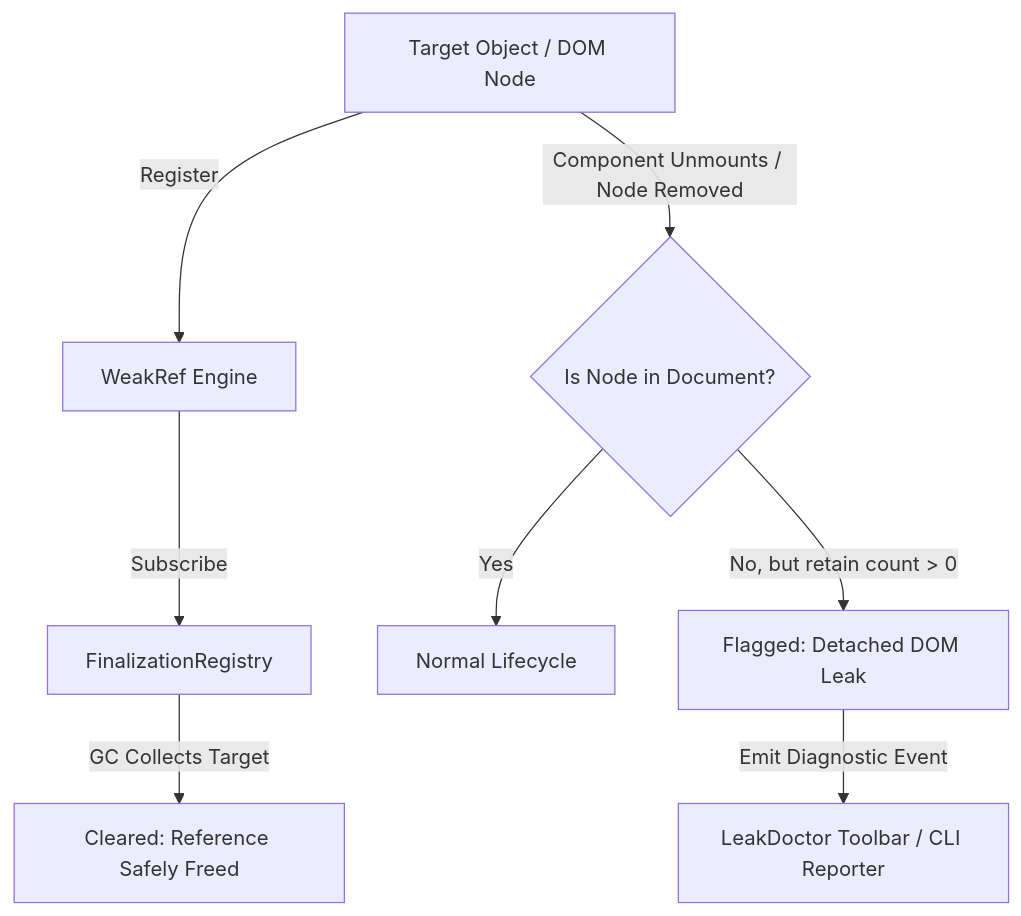
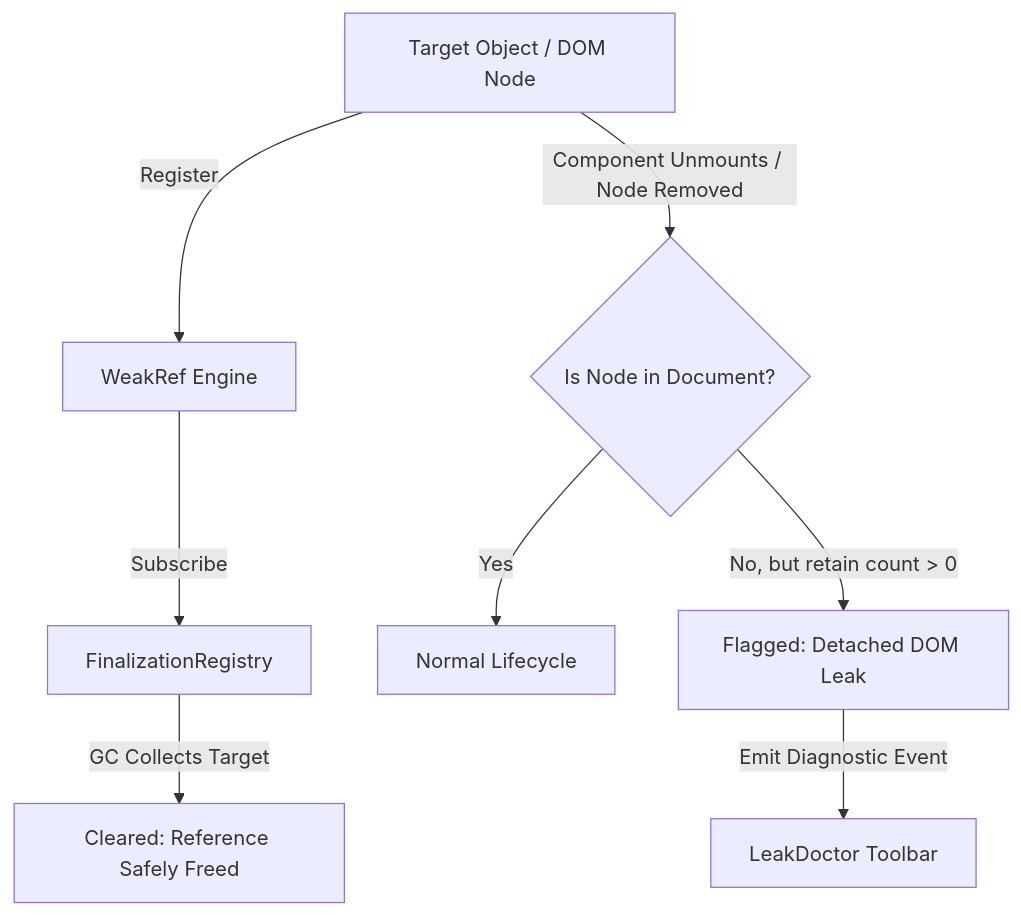
Before and after one commit to mmy-lana/leak-doctor: the diagram in README.md, drawn with Mermaid. The commit also changed other lines of this file and 7 other files, not shown here.

````diff
--- a/README.md
+++ b/README.md
@@ -86,10 +86,10 @@
 ```mermaid
 flowchart TD
     A[Target Object / DOM Node] -->|Register| B[WeakRef Engine]
     B -->|Subscribe| C[FinalizationRegistry]
     A -->|Component Unmounts / Node Removed| D{Is Node in Document?}
     D -->|Yes| E[Normal Lifecycle]
     D -->|No, but retain count > 0| F[Flagged: Detached DOM Leak]
     C -->|GC Collects Target| G[Cleared: Reference Safely Freed]
-    F -->|Emit Diagnostic Event| H[LeakDoctor Toolbar / CLI Reporter]
+    F -->|Emit Diagnostic Event| H[LeakDoctor Toolbar]
 ```
````
